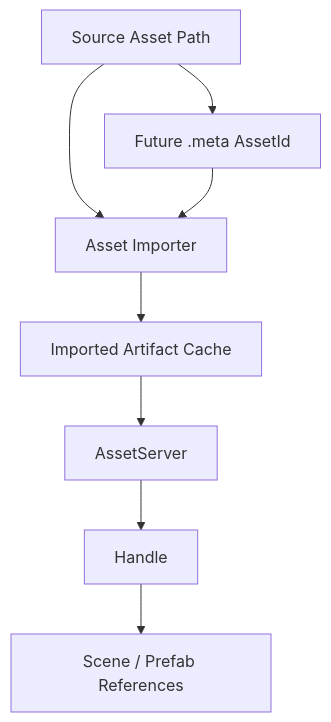
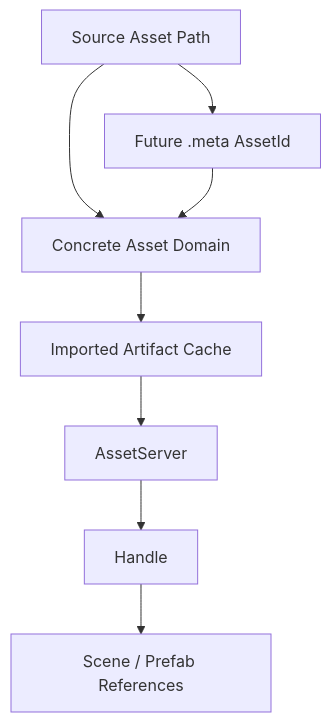
Before and after one commit to Latias94/nara: the diagram in docs/architecture/adr/0007-asset-identity-and-import-pipeline.md, drawn with Mermaid. The commit also changed other lines of this file and 16 other files, not shown here.

First line of the commit message:
refactor(asset)!: remove generic importer execution

````diff
--- a/docs/architecture/adr/0007-asset-identity-and-import-pipeline.md
+++ b/docs/architecture/adr/0007-asset-identity-and-import-pipeline.md
@@ -23,10 +23,10 @@
 ```mermaid
 flowchart TD
     Source[Source Asset Path] --> Meta[Future .meta AssetId]
-    Source --> Importer[Asset Importer]
-    Meta --> Importer
-    Importer --> Artifact[Imported Artifact Cache]
+    Source --> Domain[Concrete Asset Domain]
+    Meta --> Domain
+    Domain --> Artifact[Imported Artifact Cache]
     Artifact --> AssetServer[AssetServer]
     AssetServer --> Handle[Handle<T>]
     Handle --> Scene[Scene / Prefab References]
 ```
````
